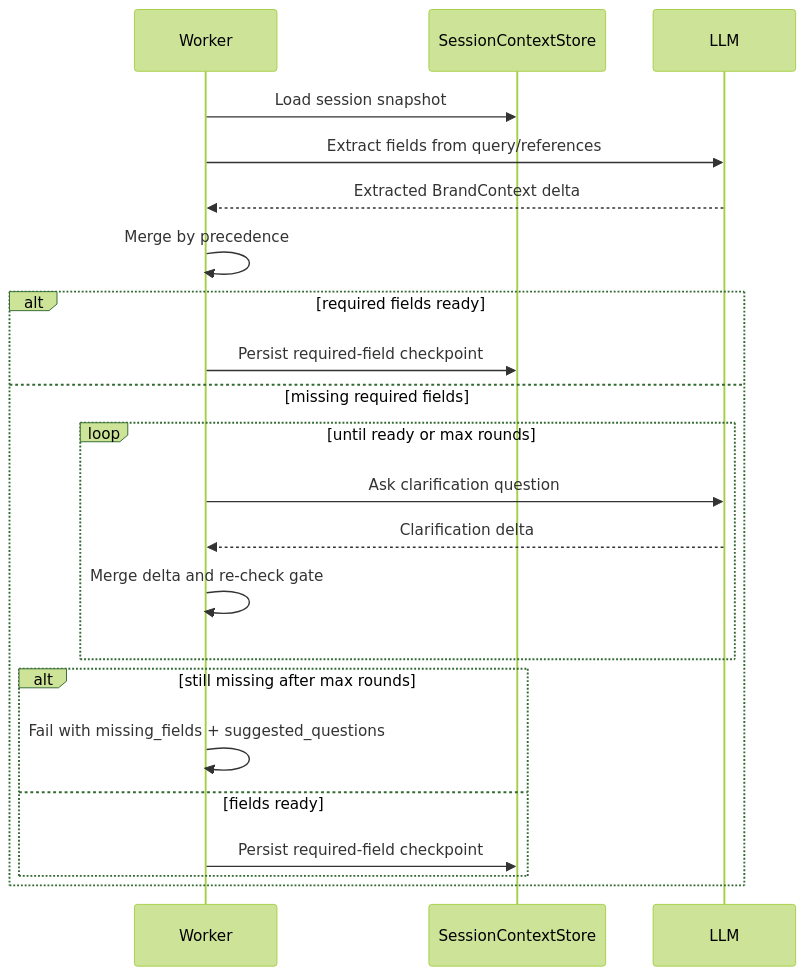
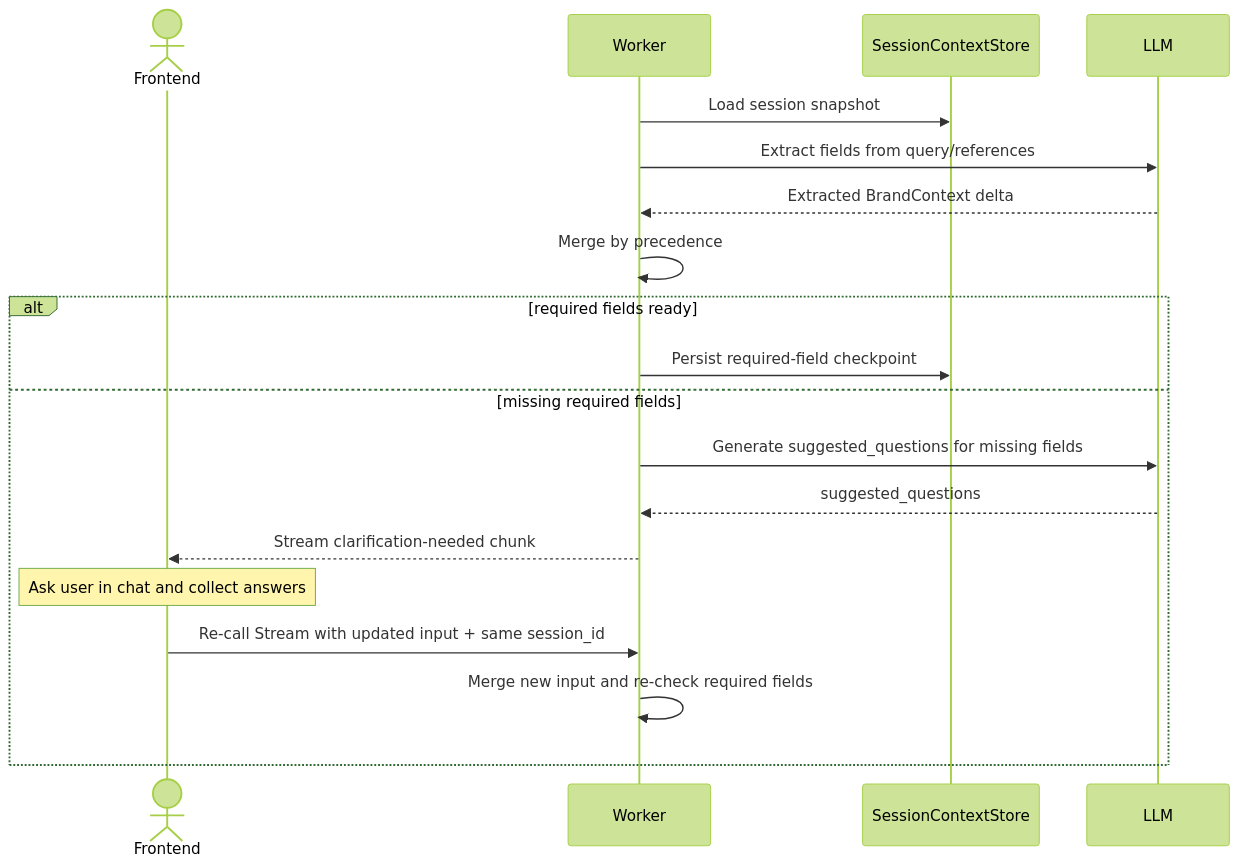
Before and after one commit to Ne4nf/Agent-Memory: the fourth of 6 diagrams in tech.md, drawn with Mermaid (forest theme). The commit also changed other lines of this file, not shown here.

First line of the commit message:
Revise user journey and technical constraints in tech.md

````diff
--- a/tech.md
+++ b/tech.md
@@ -234,26 +286,23 @@
 ```mermaid
 sequenceDiagram
+  actor FE as Frontend
   participant W as Worker
   participant C as SessionContextStore
   participant L as LLM
 
   W->>C: Load session snapshot
   W->>L: Extract fields from query/references
   L-->>W: Extracted BrandContext delta
   W->>W: Merge by precedence
 
   alt required fields ready
     W->>C: Persist required-field checkpoint
   else missing required fields
-    loop until ready or max rounds
-      W->>L: Ask clarification question
-      L-->>W: Clarification delta
-      W->>W: Merge delta and re-check gate
-    end
-    alt still missing after max rounds
-      W->>W: Fail with missing_fields + suggested_questions
-    else fields ready
-      W->>C: Persist required-field checkpoint
-    end
+    W->>L: Generate suggested_questions for missing fields
+    L-->>W: suggested_questions
+    W-->>FE: Stream clarification-needed chunk
+    Note over FE: Ask user in chat and collect answers
+    FE->>W: Re-call Stream with updated input + same session_id
+    W->>W: Merge new input and re-check required fields
   end
 ```
````
